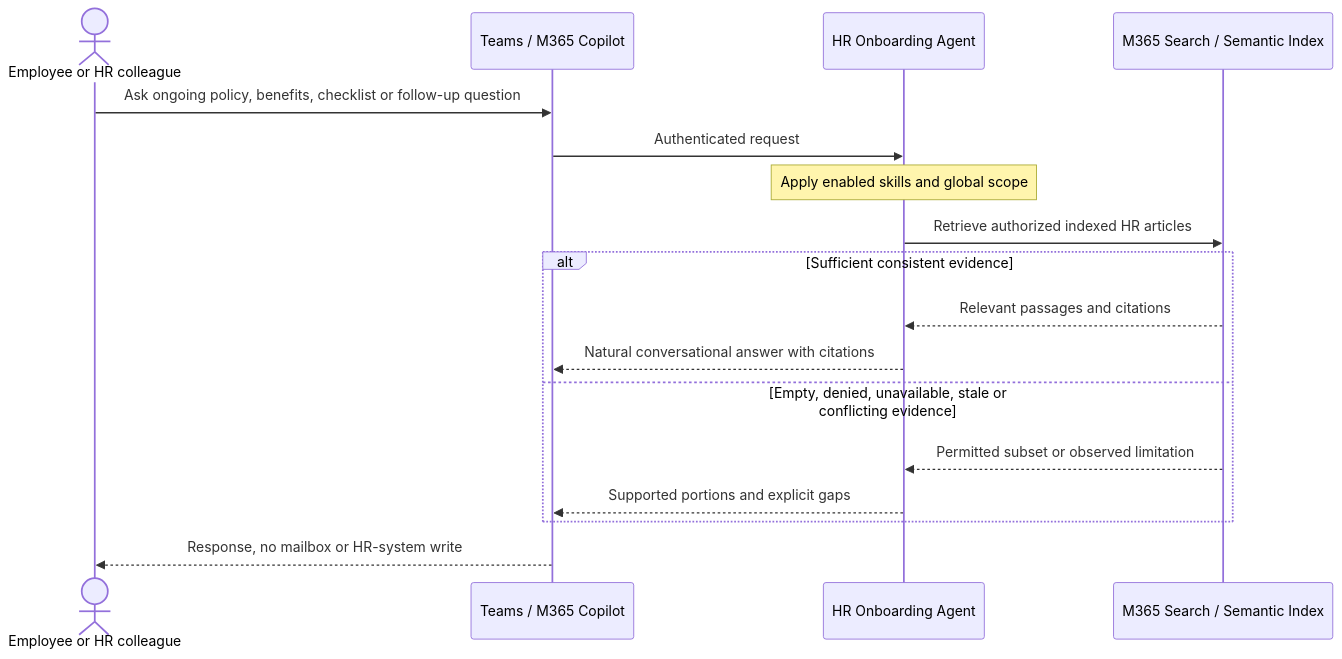
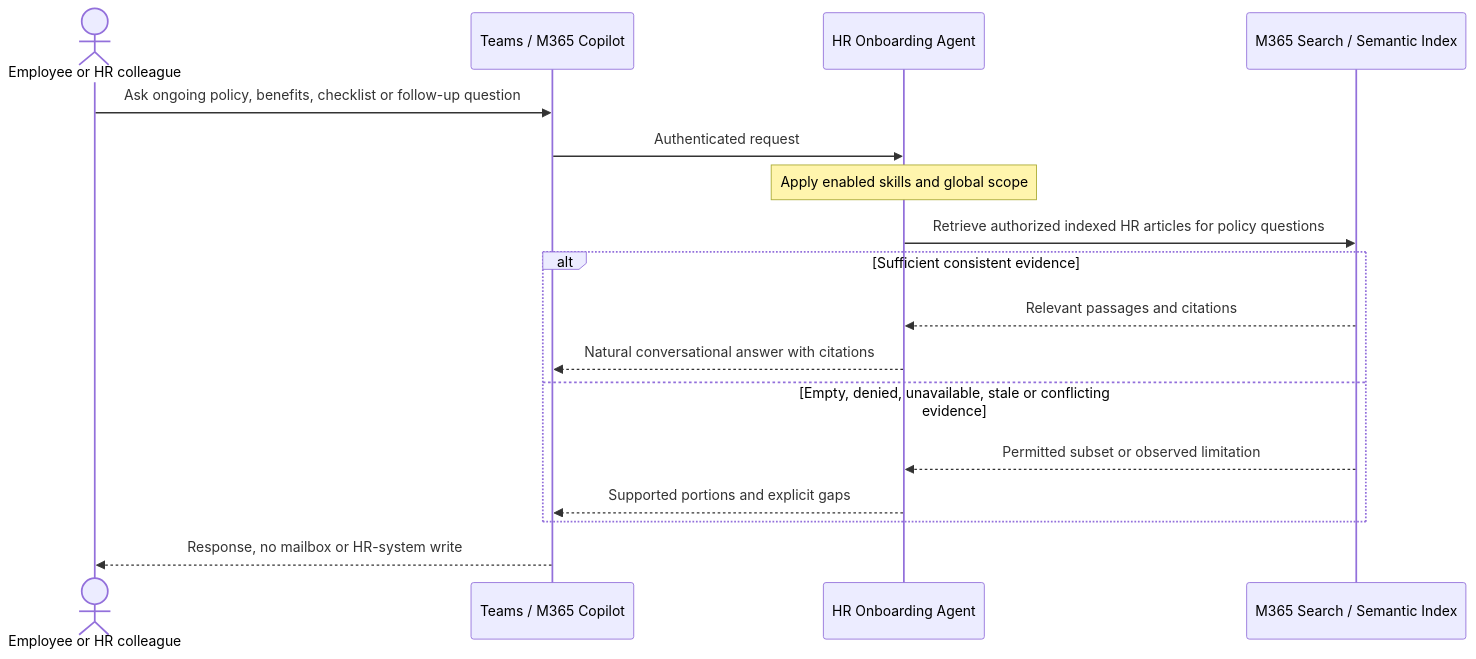
One commit to petepuu/ai-agent-runbooks changed the second of 3 diagrams in 01-scenarios/HR-Onboarding-Agent-GHCP/2.Architecture.md. Above: the diagram before and after it, drawn with Mermaid. The commit also changed other lines of this file and 7 other files, not shown here.

````diff
--- a/01-scenarios/HR-Onboarding-Agent-GHCP/2.Architecture.md
+++ b/01-scenarios/HR-Onboarding-Agent-GHCP/2.Architecture.md
@@ -109,19 +109,19 @@
 ```mermaid
 sequenceDiagram
     actor User as Employee or HR colleague
     participant Channel as Teams / M365 Copilot
     participant Agent as HR Onboarding Agent
     participant KB as M365 Search / Semantic Index
     User->>Channel: Ask ongoing policy, benefits, checklist or follow-up question
     Channel->>Agent: Authenticated request
     Note over Agent: Apply enabled skills and global scope
-    Agent->>KB: Retrieve authorized indexed HR articles
+    Agent->>KB: Retrieve authorized indexed HR articles for policy questions
     alt Sufficient consistent evidence
         KB-->>Agent: Relevant passages and citations
         Agent-->>Channel: Natural conversational answer with citations
     else Empty, denied, unavailable, stale or conflicting evidence
         KB-->>Agent: Permitted subset or observed limitation
         Agent-->>Channel: Supported portions and explicit gaps
     end
     Channel-->>User: Response, no mailbox or HR-system write
 ```
````
